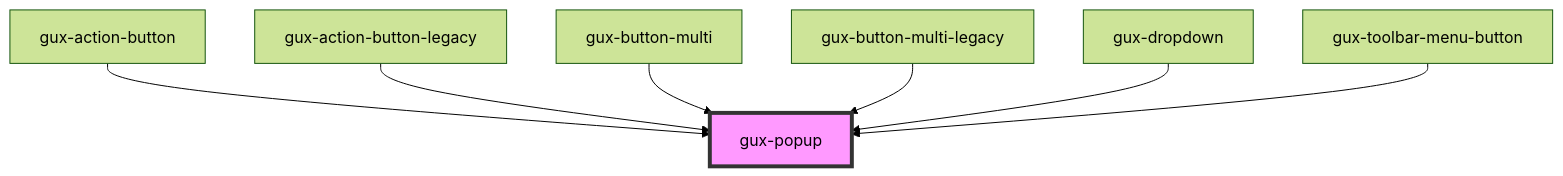
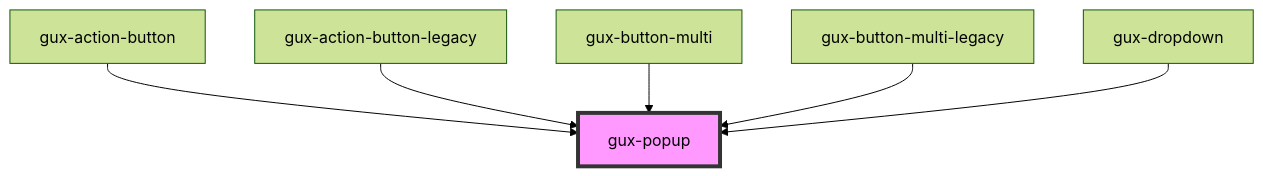
One commit to ouyuxuan/genesys-webcomponents changed the diagram in src/components/stable/gux-popup/readme.md. Above: the diagram before and after it, drawn with Mermaid (forest theme). The commit also changed other lines of this file and 6 other files, not shown here.

First line of the commit message:
feat(toolbar): toolbar-menu-button-popover addition

````diff
--- a/src/components/stable/gux-popup/readme.md
+++ b/src/components/stable/gux-popup/readme.md
@@ -36,10 +35,9 @@
 ```mermaid
 graph TD;
   gux-action-button --> gux-popup
   gux-action-button-legacy --> gux-popup
   gux-button-multi --> gux-popup
   gux-button-multi-legacy --> gux-popup
   gux-dropdown --> gux-popup
-  gux-toolbar-menu-button --> gux-popup
   style gux-popup fill:#f9f,stroke:#333,stroke-width:4px
 ```
````
